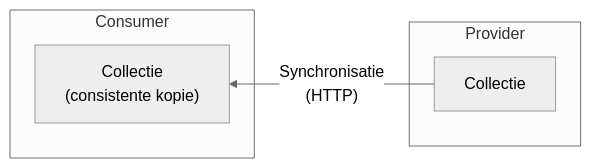
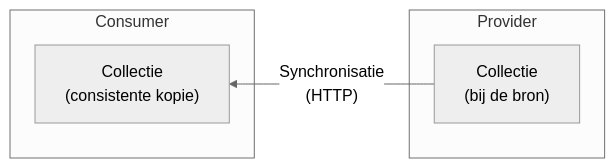
The first of 3 diagrams in docs/api-ontwikkeling/architectuur/synchronisatie-van-collecties.md (terborg/don-site), drawn with Mermaid (neutral theme) before and after one commit. The commit also changed other lines of this file, not shown here.

````diff
--- a/docs/api-ontwikkeling/architectuur/synchronisatie-van-collecties.md
+++ b/docs/api-ontwikkeling/architectuur/synchronisatie-van-collecties.md
@@ -16,12 +16,13 @@
 ```mermaid
 graph RL
   subgraph Consumer
     mirror["`Collectie
              (consistente kopie)`"]
   end
   subgraph Provider
-    rc["`Collectie`"]
+    rc["`Collectie
+         (bij de bron)`"]
   end
   rc --"`Synchronisatie
         (HTTP)`"--> mirror
 ```
````
